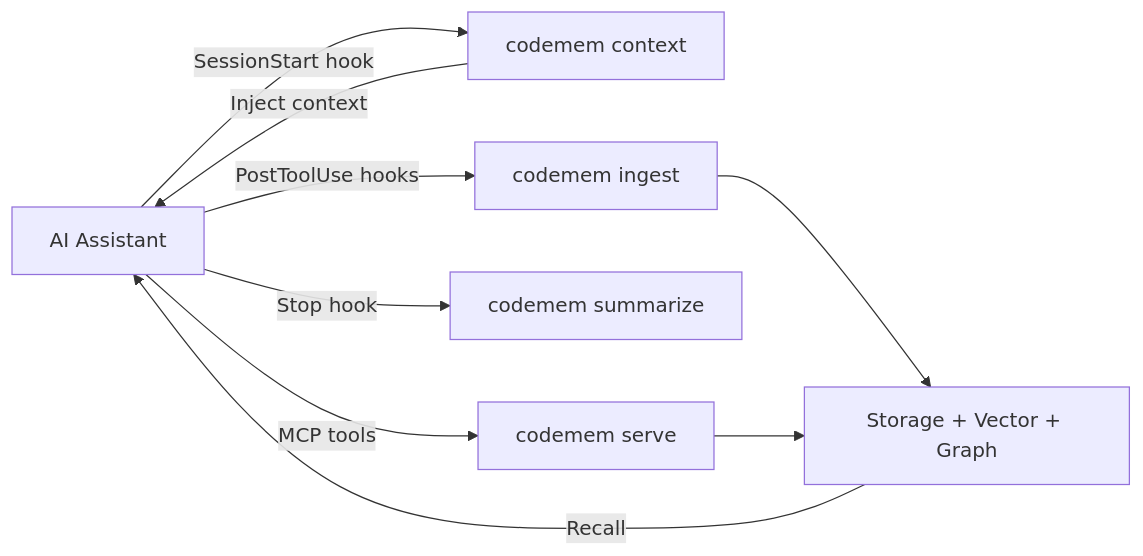
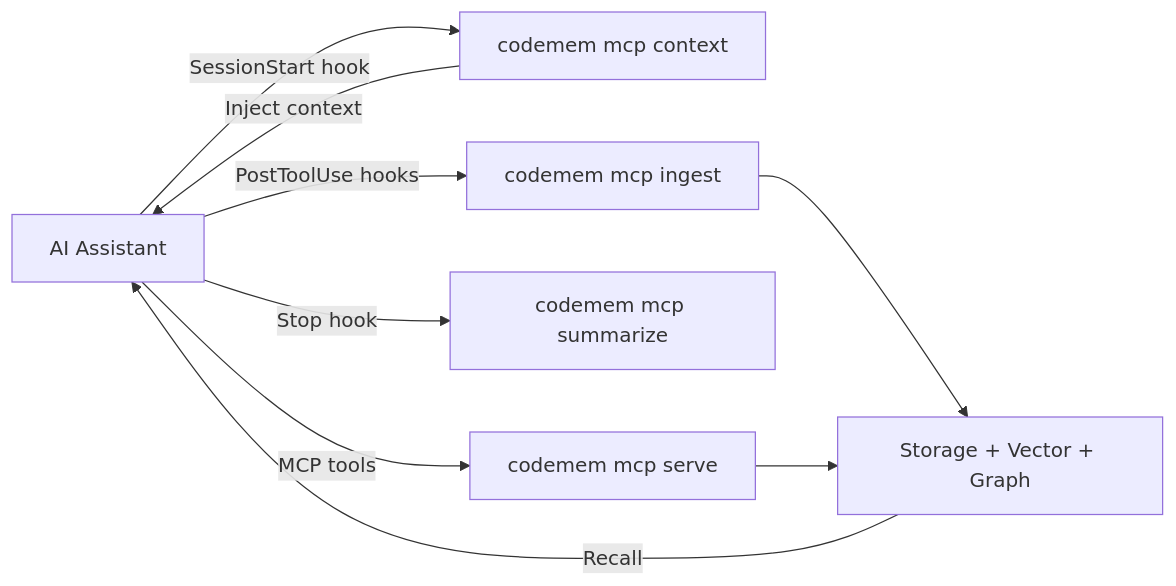
One commit to cogniplex/codemem changed the diagram in README.md. Above: the diagram before and after it, drawn with Mermaid. The commit also changed other lines of this file and 16 other files, not shown here.

````diff
--- a/README.md
+++ b/README.md
@@ -321,11 +321,11 @@
 ```mermaid
 graph LR
-    A[AI Assistant] -->|SessionStart hook| B[codemem context]
-    A -->|PostToolUse hooks| C[codemem ingest]
-    A -->|Stop hook| E[codemem summarize]
-    A -->|MCP tools| D[codemem serve]
+    A[AI Assistant] -->|SessionStart hook| B[codemem mcp context]
+    A -->|PostToolUse hooks| C[codemem mcp ingest]
+    A -->|Stop hook| E[codemem mcp summarize]
+    A -->|MCP tools| D[codemem mcp serve]
     B -->|Inject context| A
     C --> F[Storage + Vector + Graph]
     D --> F
     F -->|Recall| A
 ```
````
